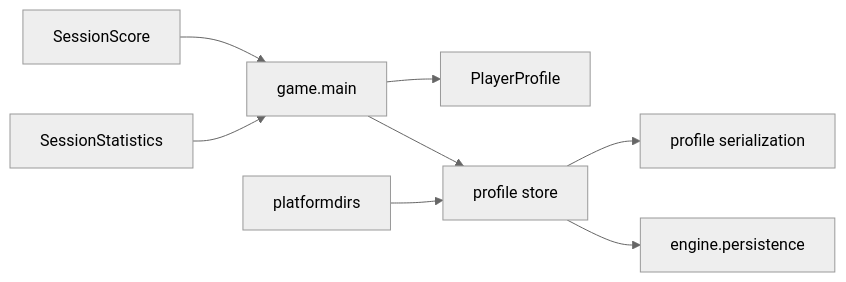
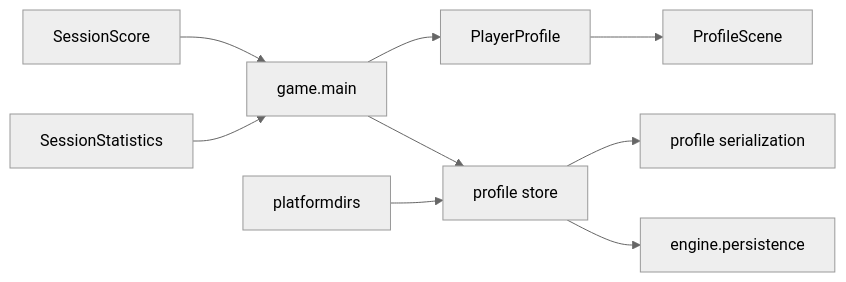
The diagram in docs/architecture/profile.md (VincentMardon/my_first_adventure_game), drawn with Mermaid (neutral theme) before and after one commit. The commit also changed other lines of this file and 16 other files, not shown here.

````diff
--- a/docs/architecture/profile.md
+++ b/docs/architecture/profile.md
@@ -65,10 +65,11 @@
 ```mermaid
 flowchart LR
     GameMain["game.main"] --> PlayerProfile["PlayerProfile"]
+    PlayerProfile --> ProfileScene["ProfileScene"]
     SessionScore["SessionScore"] --> GameMain
     SessionStatistics["SessionStatistics"] --> GameMain
     GameMain --> ProfileStore["profile store"]
     ProfileStore --> Serialization["profile serialization"]
     ProfileStore --> Persistence["engine.persistence"]
     PlatformDirs["platformdirs"] --> ProfileStore
 ```
````
